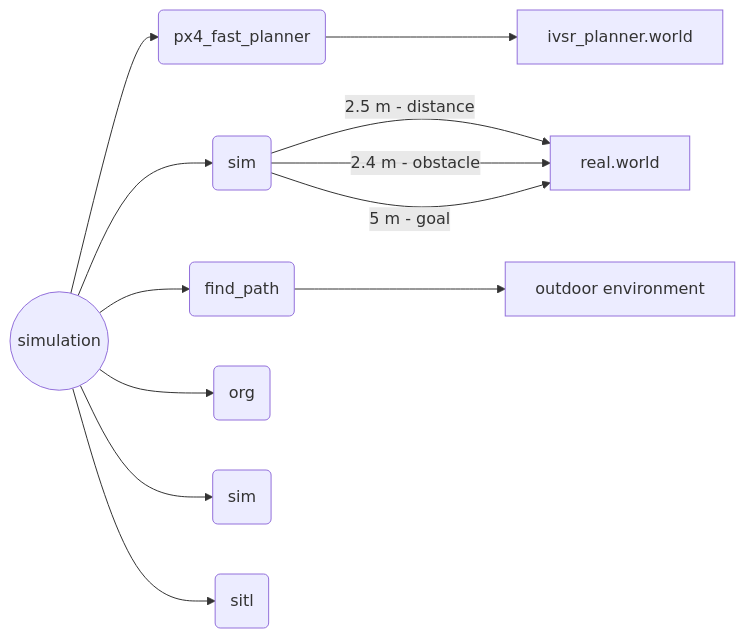
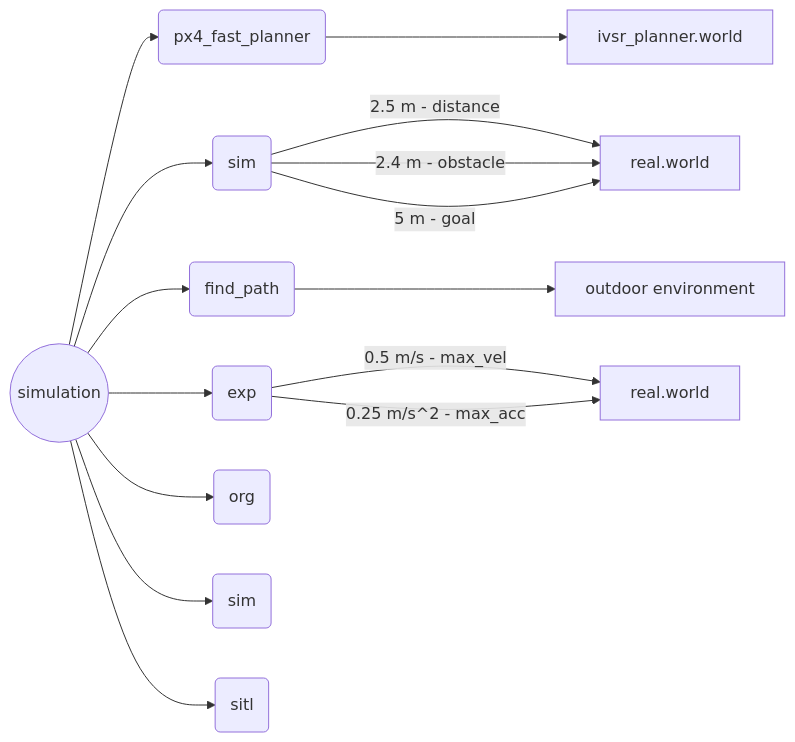
One commit to Dieptranivsr/drone_extend changed the fourth of 4 diagrams in README.md. Above: the diagram before and after it, drawn with Mermaid.

````diff
--- a/README.md
+++ b/README.md
@@ -33,15 +33,18 @@
 ```mermaid
 flowchart LR 
 
 A((simulation)) --> B(px4_fast_planner)
 B --> C[ivsr_planner.world]
 A --> D(sim)
 D -->|2.5 m - distance| E[real.world]
 D -->|2.4 m - obstacle| E
 D -->|5 m - goal| E
 A --> F(find_path)
 F --> G[outdoor environment]
-A --> H(org)
-A --> J(sim)
-A --> K(sitl)
+A --> H(exp)
+H -->|0.5 m/s - max_vel| I[real.world]
+H -->|0.25 m/s^2 - max_acc| I
+A --> J(org)
+A --> K(sim)
+A --> L(sitl)
 ```
````
